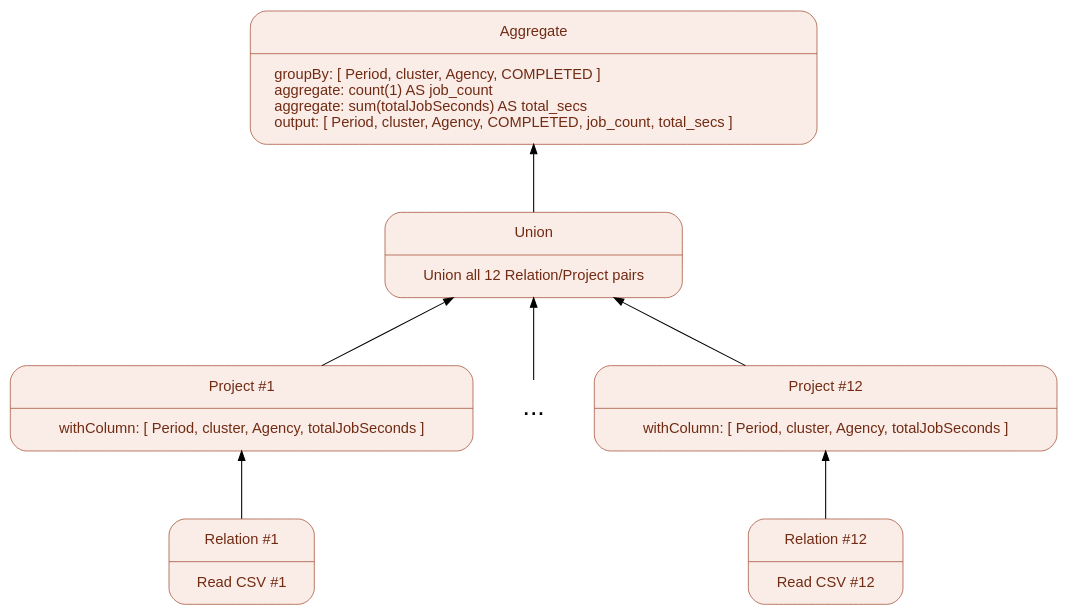
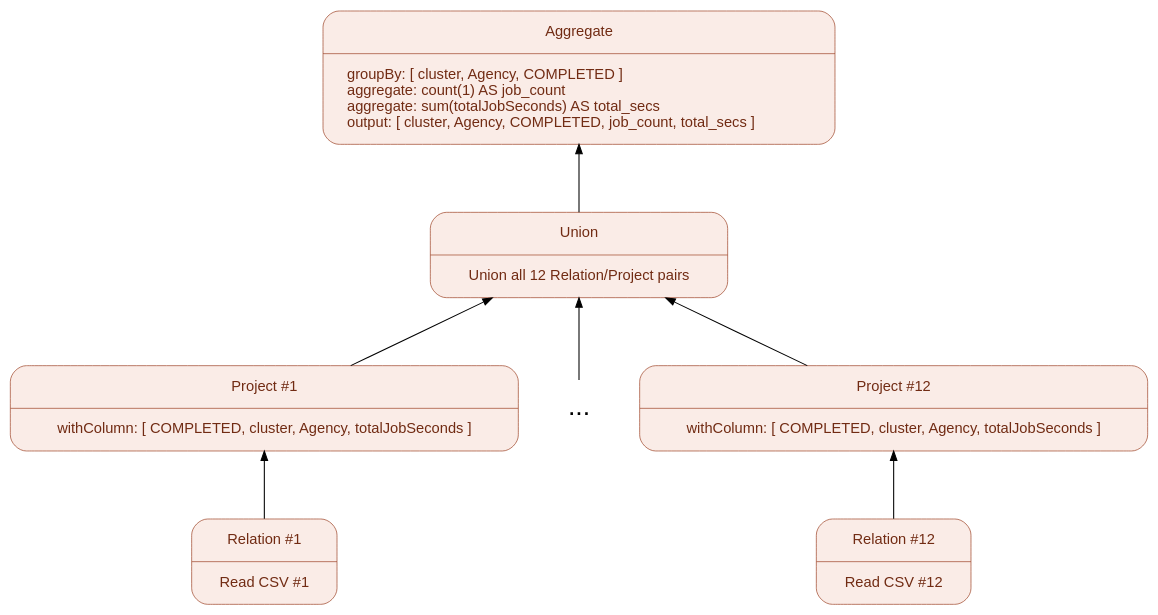
One commit to voidbert/ADED changed the diagram in TP1/report/res/plans/multipass/1.dot. Above: the diagram before and after it, drawn with Graphviz. The commit also changed 1 other file, not shown here.

```diff
--- a/TP1/report/res/plans/multipass/1.dot
+++ b/TP1/report/res/plans/multipass/1.dot
@@ -1,73 +1,73 @@
-digraph SparkLogicalPlanMultipass {
+digraph SparkLogicalPlanMultipassYear {
 
     // === Global configuration ===
 
     graph [
         rankdir  = BT,
         ranksep  = 0.7,
         splines  = true,
         sep      = "+0.2",
         fontname = "Helvetica",
         bgcolor  = "transparent"
     ];
 
     node [
         fontname  = "Helvetica",
         fontsize  = 11,
         shape     = record,
         style     = "filled,rounded",
         penwidth  = 0.5,
         margin    = "0.25,0.14",
         fillcolor = "#FAECE7",
         color     = "#993C1D",
         fontcolor = "#712B13"
     ];
 
     edge [
         fontname  = "Helvetica",
         fontsize  = 10,
         color     = "black",
         arrowsize = 0.7,
         penwidth  = 0.8
     ];
 
 
     // === Nodes ===
 
     relation_1 [label = "{Relation #1 | Read CSV #1\n}"];
     project_1  [label = "{Project  #1 |
-                          withColumn: [ Period, cluster, Agency, totalJobSeconds ]\n}"];
+                          withColumn: [ COMPLETED, cluster, Agency, totalJobSeconds ]\n}"];
 
     ellipsis [
         label     = "...",
         shape     = plaintext,
         style     = "",
         fontsize  = 20,
         fontcolor = "black"
     ];
 
     relation_12 [label = "{Relation #12 | Read CSV #12\n}"];
     project_12  [label = "{Project  #12 |
-                          withColumn: [ Period, cluster, Agency, totalJobSeconds ]\n}"];
+                          withColumn: [ COMPLETED, cluster, Agency, totalJobSeconds ]\n}"];
 
     union [label = "{Union | Union all 12 Relation/Project pairs\n}"];
 
     aggregate [
         label = "{Aggregate |
-                  groupBy:  [ Period, cluster, Agency, COMPLETED ]\l
+                  groupBy:  [ cluster, Agency, COMPLETED ]\l
                   aggregate:  count(1) AS job_count\l
                   aggregate:  sum(totalJobSeconds) AS total_secs\l
-                  output:  [ Period, cluster, Agency, COMPLETED, job_count, total_secs ]\l}"
+                  output:  [ cluster, Agency, COMPLETED, job_count, total_secs ]\l}"
     ];
 
     // === Edges ===
 
     relation_1  -> project_1;
     relation_12 -> project_12;
 
     project_1  -> union;
     ellipsis   -> union;
     project_12 -> union;
 
     union -> aggregate
 }
```
